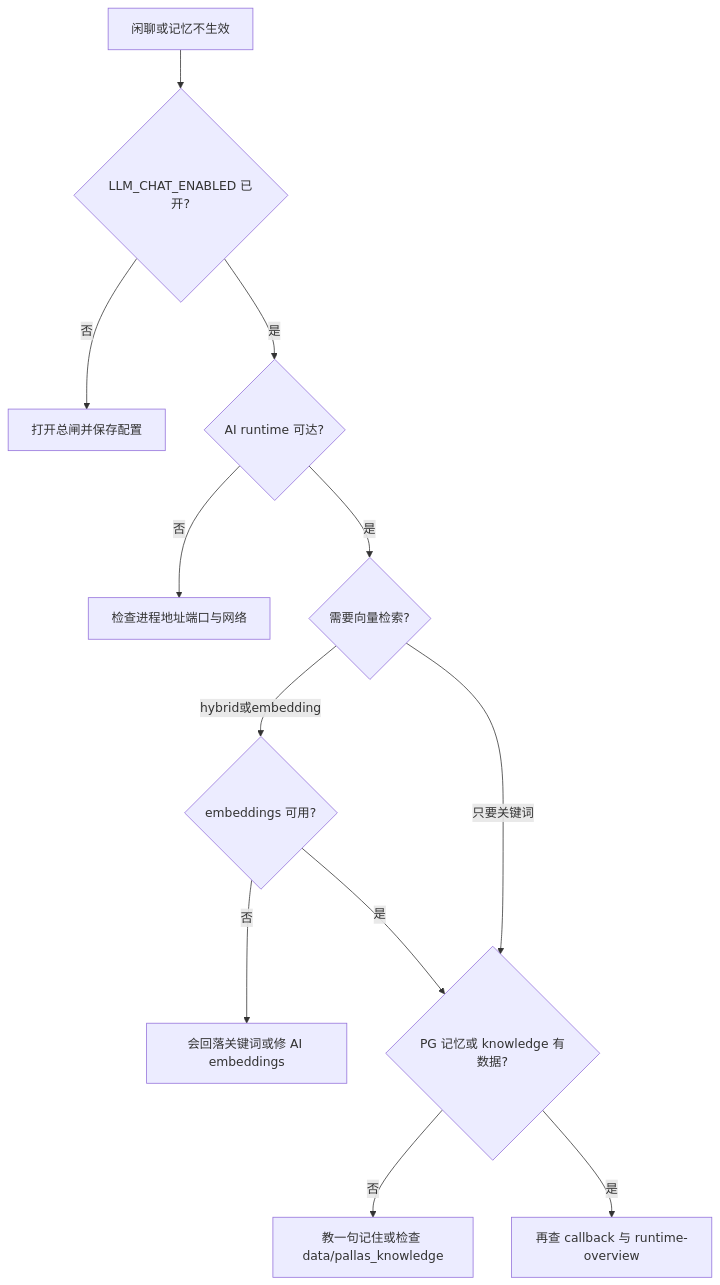
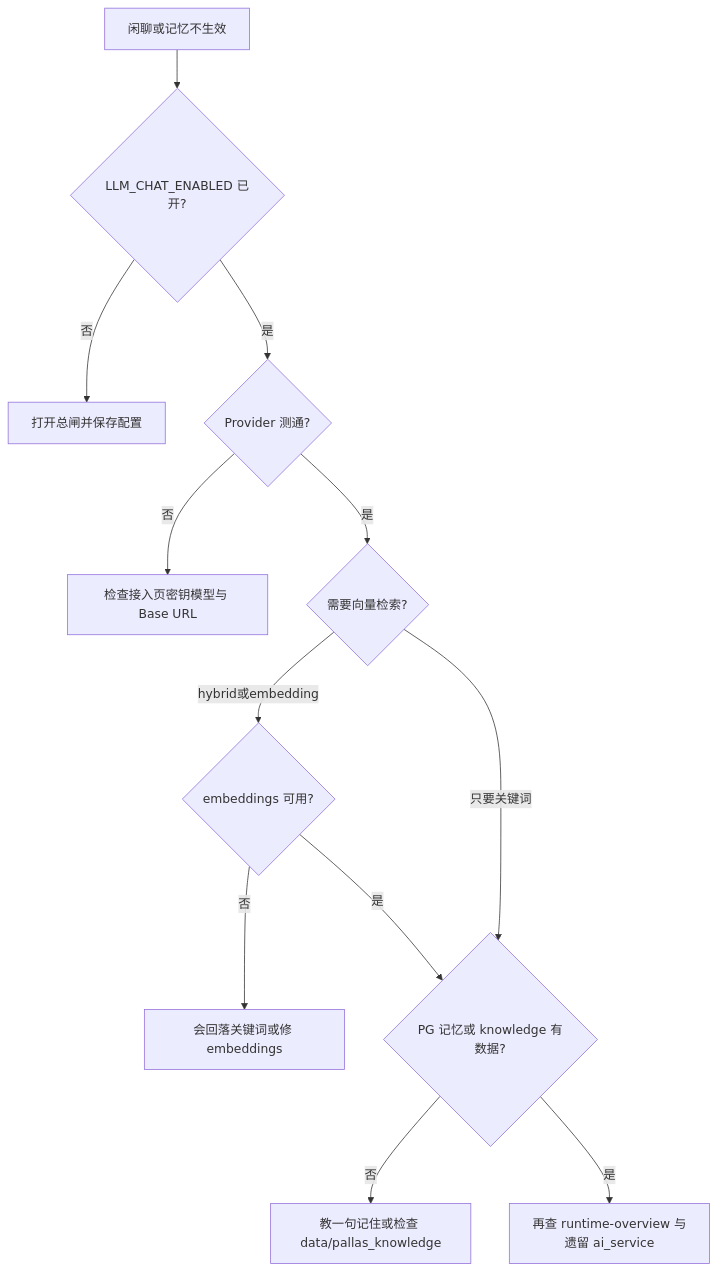
Before and after one commit to PallasBot/Pallas-Bot-Docs: the diagram in src/maintainer/operate/llm-and-ai.md, drawn with Mermaid. The commit also changed other lines of this file and 5 other files, not shown here.

````diff
--- a/src/maintainer/operate/llm-and-ai.md
+++ b/src/maintainer/operate/llm-and-ai.md
@@ -17,14 +17,14 @@
 ```mermaid
 flowchart TD
   Start[闲聊或记忆不生效] --> Gate{LLM_CHAT_ENABLED 已开?}
   Gate -->|否| OpenGate[打开总闸并保存配置]
-  Gate -->|是| Reach{AI runtime 可达?}
-  Reach -->|否| FixAI[检查进程地址端口与网络]
-  Reach -->|是| Emb{需要向量检索?}
+  Gate -->|是| Prov{Provider 测通?}
+  Prov -->|否| FixProv[检查接入页密钥模型与 Base URL]
+  Prov -->|是| Emb{需要向量检索?}
   Emb -->|hybrid或embedding| EmbOk{embeddings 可用?}
-  EmbOk -->|否| Fallback[会回落关键词或修 AI embeddings]
+  EmbOk -->|否| Fallback[会回落关键词或修 embeddings]
   EmbOk -->|是| Store{PG 记忆或 knowledge 有数据?}
   Emb -->|只要关键词| Store
   Store -->|否| Teach[教一句记住或检查 data/pallas_knowledge]
-  Store -->|是| Deeper[再查 callback 与 runtime-overview]
+  Store -->|是| Deeper[再查 runtime-overview 与遗留 ai_service]
 ```
````
